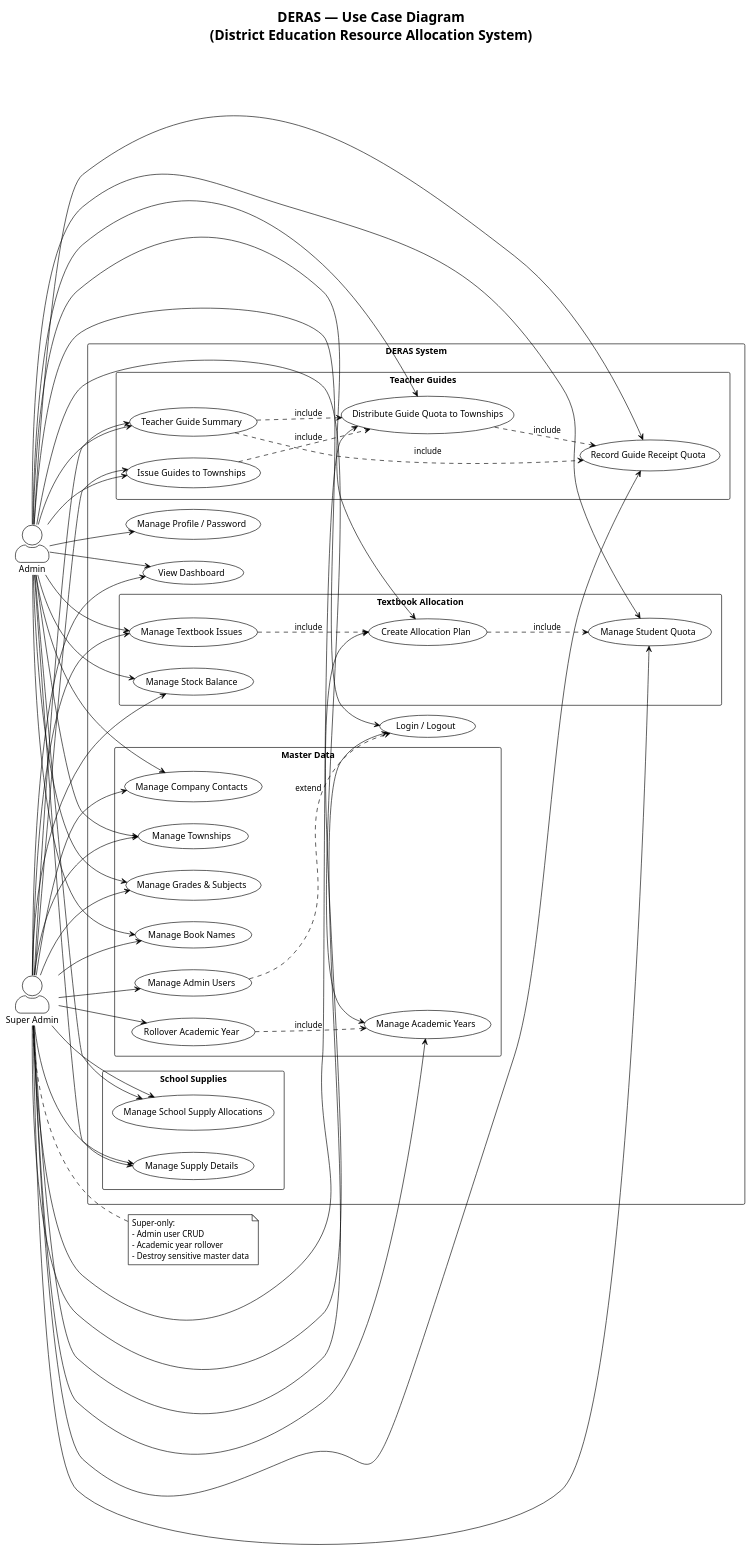
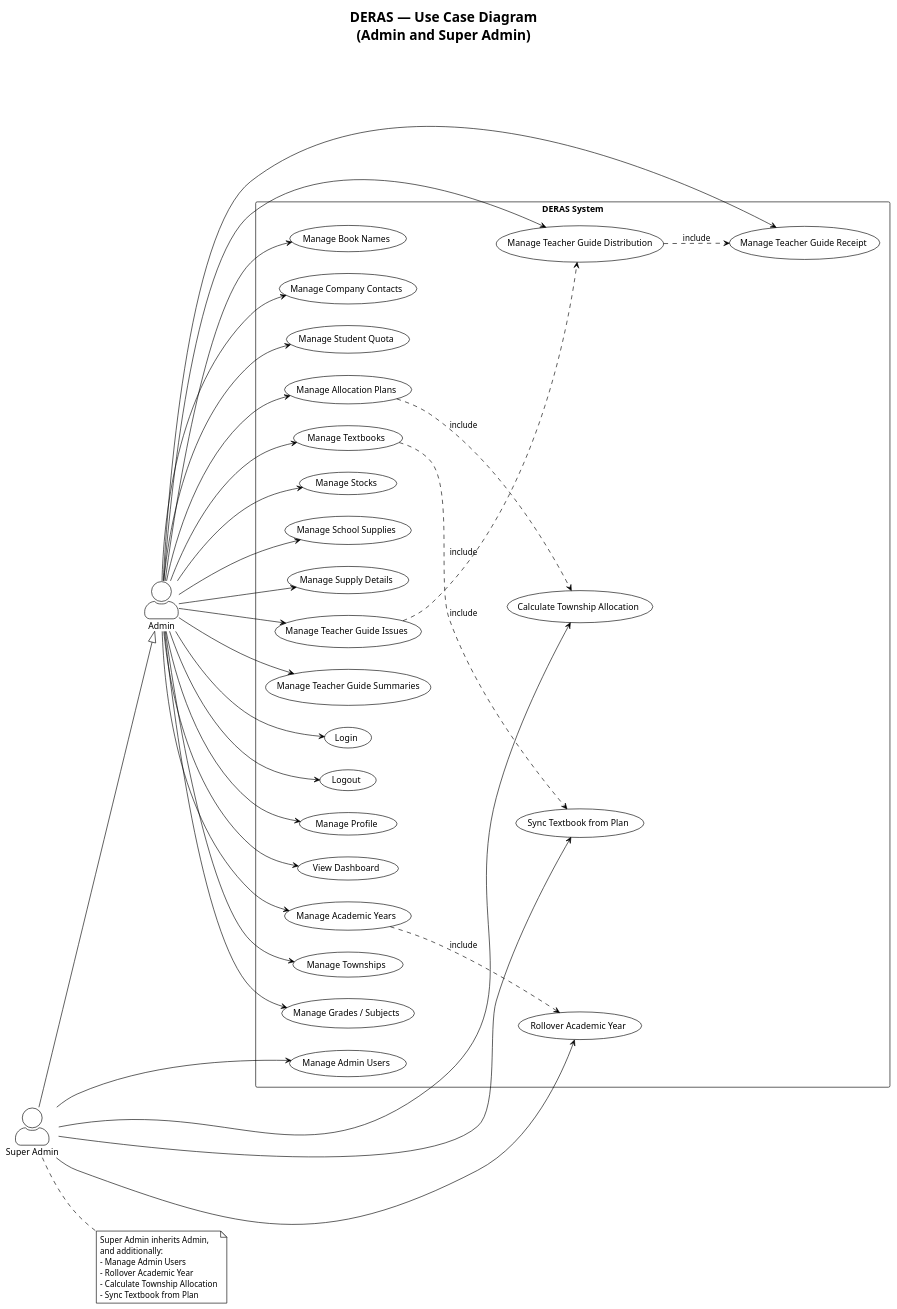
Before and after one commit to zmaythu713-svg/DERAS: the diagram in docs/diagrams/01_use_case.puml, drawn with PlantUML. The commit also changed 95 other files, not shown here.

```diff
--- a/docs/diagrams/01_use_case.puml
+++ b/docs/diagrams/01_use_case.puml
@@ -1,102 +1,89 @@
-@startuml DERAS_UseCase
+@startuml DERAS_UseCase_Admin_Super
 !theme plain
 skinparam actorStyle awesome
 skinparam packageStyle rectangle
-title DERAS — Use Case Diagram\n(District Education Resource Allocation System)
+skinparam shadowing false
+title DERAS — Use Case Diagram\n(Admin and Super Admin)
 
 left to right direction
 
 actor "Admin" as Admin
 actor "Super Admin" as Super
 
+' Super Admin inherits all Admin associations
+Super --|> Admin
+
 rectangle "DERAS System" {
-  usecase "Login / Logout" as UC_Auth
+  usecase "Login" as UC_Login
+  usecase "Logout" as UC_Logout
+  usecase "Manage Profile" as UC_Profile
   usecase "View Dashboard" as UC_Dash
-  usecase "Manage Profile / Password" as UC_Profile
 
-  package "Master Data" {
-    usecase "Manage Academic Years" as UC_Year
-    usecase "Rollover Academic Year" as UC_Rollover
-    usecase "Manage Townships" as UC_Town
-    usecase "Manage Grades & Subjects" as UC_Grade
-    usecase "Manage Book Names" as UC_Book
-    usecase "Manage Company Contacts" as UC_Company
-    usecase "Manage Admin Users" as UC_Users
-  }
+  usecase "Manage Academic Years" as UC_Year
+  usecase "Rollover Academic Year" as UC_Rollover
+  usecase "Manage Townships" as UC_Town
+  usecase "Manage Grades / Subjects" as UC_Grade
+  usecase "Manage Book Names" as UC_Book
+  usecase "Manage Company Contacts" as UC_Company
+  usecase "Manage Admin Users" as UC_Users
 
-  package "Textbook Allocation" {
-    usecase "Manage Student Quota" as UC_Quota
-    usecase "Create Allocation Plan" as UC_Alloc
-    usecase "Manage Textbook Issues" as UC_TB
-    usecase "Manage Stock Balance" as UC_Stock
-  }
+  usecase "Manage Student Quota" as UC_Quota
+  usecase "Manage Allocation Plans" as UC_Alloc
+  usecase "Calculate Township Allocation" as UC_Calc
+  usecase "Manage Textbooks" as UC_TB
+  usecase "Sync Textbook from Plan" as UC_Sync
+  usecase "Manage Stocks" as UC_Stock
 
-  package "School Supplies" {
-    usecase "Manage School Supply Allocations" as UC_SS
-    usecase "Manage Supply Details" as UC_SD
-  }
+  usecase "Manage School Supplies" as UC_SS
+  usecase "Manage Supply Details" as UC_SD
 
-  package "Teacher Guides" {
-    usecase "Record Guide Receipt Quota" as UC_TG_Recv
-    usecase "Distribute Guide Quota to Townships" as UC_TG_Dist
-    usecase "Issue Guides to Townships" as UC_TG_Issue
-    usecase "Teacher Guide Summary" as UC_TG_Sum
-  }
+  usecase "Manage Teacher Guide Receipt" as UC_TG_Recv
+  usecase "Manage Teacher Guide Distribution" as UC_TG_Dist
+  usecase "Manage Teacher Guide Issues" as UC_TG_Issue
+  usecase "Manage Teacher Guide Summaries" as UC_TG_Sum
 }
 
-Admin --> UC_Auth
+' —— Admin (day-to-day) ——
+Admin --> UC_Login
+Admin --> UC_Logout
+Admin --> UC_Profile
 Admin --> UC_Dash
-Admin --> UC_Profile
 Admin --> UC_Year
 Admin --> UC_Town
 Admin --> UC_Grade
 Admin --> UC_Book
 Admin --> UC_Company
 Admin --> UC_Quota
 Admin --> UC_Alloc
 Admin --> UC_TB
 Admin --> UC_Stock
 Admin --> UC_SS
 Admin --> UC_SD
 Admin --> UC_TG_Recv
 Admin --> UC_TG_Dist
 Admin --> UC_TG_Issue
 Admin --> UC_TG_Sum
 
-Super --> UC_Auth
-Super --> UC_Dash
+' —— Super Admin only (in addition to inherited Admin use cases) ——
 Super --> UC_Users
 Super --> UC_Rollover
-Super --> UC_Year
-Super --> UC_Town
-Super --> UC_Grade
-Super --> UC_Book
-Super --> UC_Company
-Super --> UC_Quota
-Super --> UC_Alloc
-Super --> UC_TB
-Super --> UC_Stock
-Super --> UC_SS
-Super --> UC_SD
-Super --> UC_TG_Recv
-Super --> UC_TG_Dist
-Super --> UC_TG_Issue
-Super --> UC_TG_Sum
+Super --> UC_Calc
+Super --> UC_Sync
 
-UC_Rollover ..> UC_Year : «include»
-UC_Alloc ..> UC_Quota : «include»
-UC_TB ..> UC_Alloc : «include»
+' —— «include» ——
+UC_Year ..> UC_Rollover : «include»
+UC_Alloc ..> UC_Calc : «include»
+UC_TB ..> UC_Sync : «include»
 UC_TG_Dist ..> UC_TG_Recv : «include»
 UC_TG_Issue ..> UC_TG_Dist : «include»
-UC_TG_Sum ..> UC_TG_Recv : «include»
-UC_TG_Sum ..> UC_TG_Dist : «include»
-UC_Users ..> UC_Auth : «extend»
 
 note right of Super
-  Super-only:
-  - Admin user CRUD
-  - Academic year rollover
-  - Destroy sensitive master data
+  Super Admin inherits Admin,
+  and additionally:
+  - Manage Admin Users
+  - Rollover Academic Year
+  - Calculate Township Allocation
+  - Sync Textbook from Plan
 end note
 
 @enduml
```
